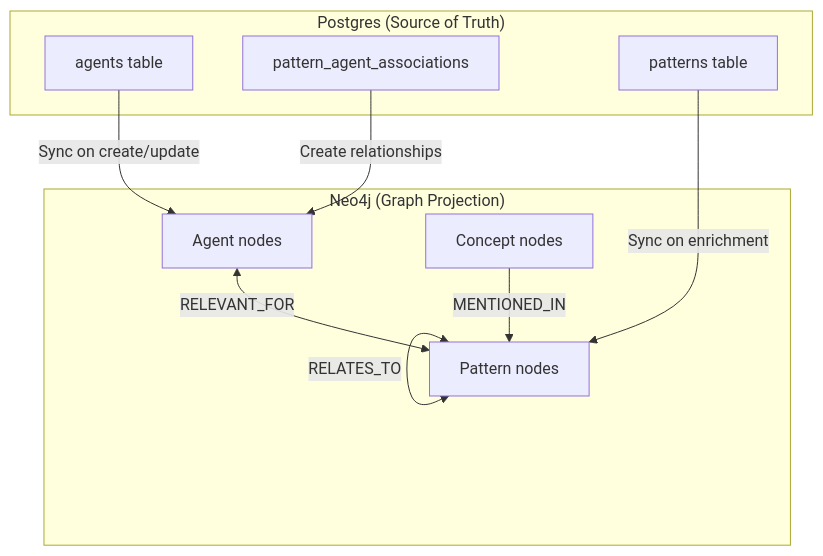
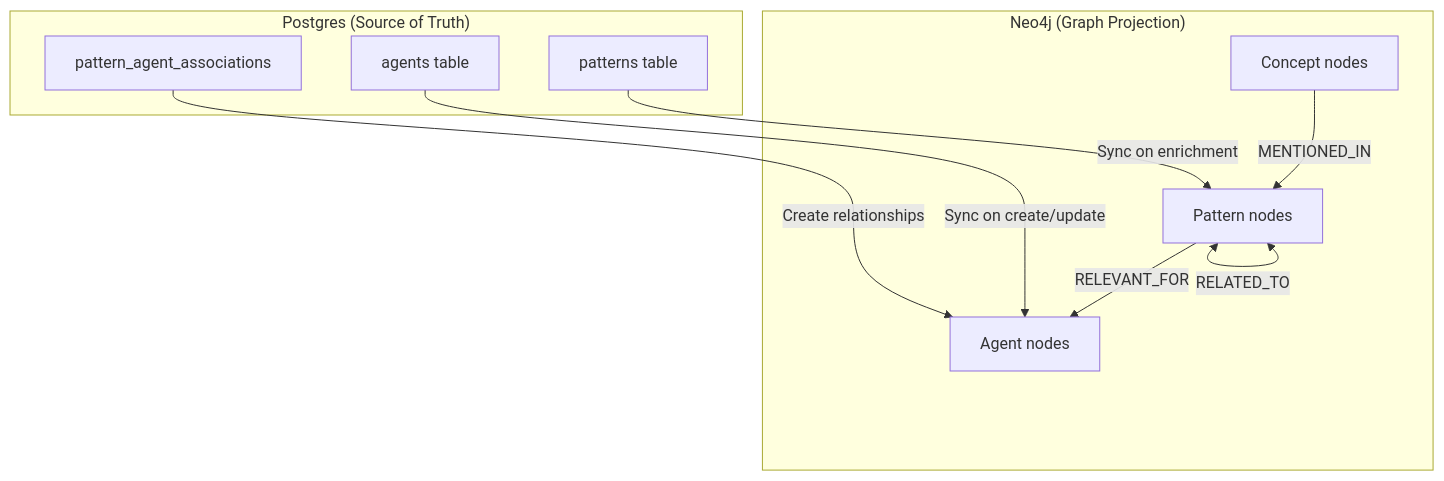
One commit to twistingmercury/mnemonic-mcp changed the fourth of 14 diagrams in docs/architecture/04-data-architecture.md. Above: the diagram before and after it, drawn with Mermaid. The commit also changed other lines of this file and 5 other files, not shown here.

Commit message:
04-data-architecture reviewed and updated

````diff
--- a/docs/architecture/04-data-architecture.md
+++ b/docs/architecture/04-data-architecture.md
@@ -516,21 +390,21 @@
 ```mermaid
 flowchart TD
     subgraph "Postgres (Source of Truth)"
         PG_AGENT[agents table]
         PG_PATTERN[patterns table]
         PG_ASSOC[pattern_agent_associations]
     end
 
     subgraph "Neo4j (Graph Projection)"
         NEO_AGENT[Agent nodes]
         NEO_PATTERN[Pattern nodes]
         NEO_CONCEPT[Concept nodes]
-        NEO_AGENT <-->|"RELEVANT_FOR"| NEO_PATTERN
+        NEO_PATTERN -->|"RELEVANT_FOR"| NEO_AGENT
         NEO_CONCEPT -->|"MENTIONED_IN"| NEO_PATTERN
-        NEO_PATTERN <-->|"RELATES_TO"| NEO_PATTERN
+        NEO_PATTERN <-->|"RELATED_TO"| NEO_PATTERN
     end
 
     PG_AGENT -->|"Sync on create/update"| NEO_AGENT
     PG_PATTERN -->|"Sync on enrichment"| NEO_PATTERN
     PG_ASSOC -->|"Create relationships"| NEO_AGENT
 ```
````
